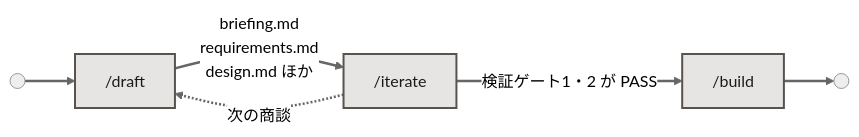
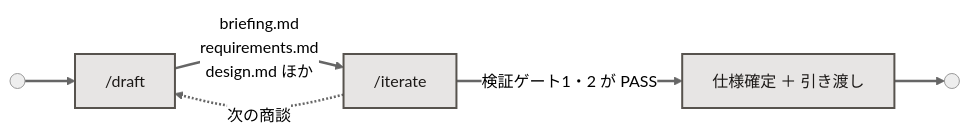
Before and after one commit to daichi-kubokawa/prototyping-agents: the fifth of 5 diagrams in WORKFLOW.md, drawn with Mermaid (neutral theme). The commit also changed other lines of this file and 15 other files, not shown here.

````diff
--- a/WORKFLOW.md
+++ b/WORKFLOW.md
@@ -346,12 +352,12 @@
 ```mermaid
 flowchart LR
     S(( )) --> A["/draft"]
     A -->|"briefing.md<br/>requirements.md<br/>design.md ほか"| B["/iterate"]
-    B -->|"検証ゲート1・2 が PASS"| C["/build"]
+    B -->|"検証ゲート1・2 が PASS"| C["仕様確定 ＋ 引き渡し"]
     C --> E((" "))
     B -.->|"次の商談"| A
 
     classDef cmd fill:#E7E5E4,stroke:#57534E,stroke-width:2px,color:#1C1917
     class A,B,C cmd
     linkStyle default stroke-width:2.5px
 ```
````
